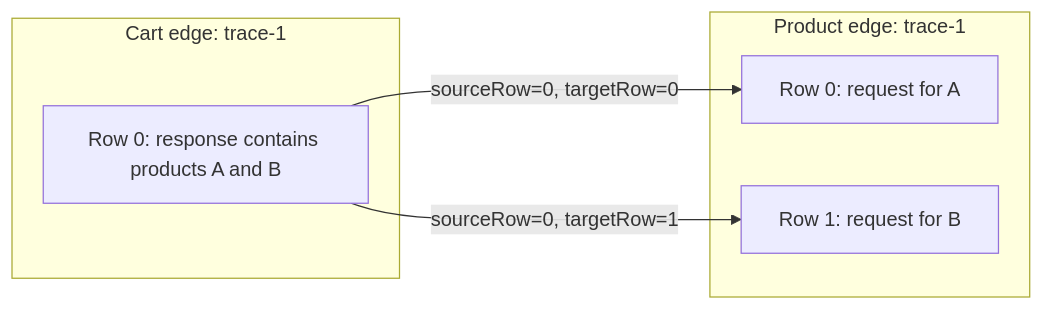
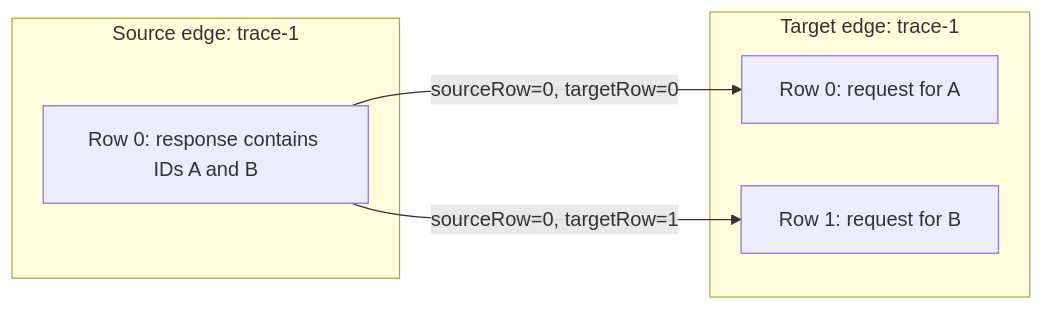
The second of 4 diagrams in core/docs/graph-model.md (stefFischer/Constrainium), drawn with Mermaid before and after one commit. The commit also changed other lines of this file and 13 other files, not shown here.

First line of the commit message:
Merge repeated database calls while preserving schemas and data-flows

````diff
--- a/core/docs/graph-model.md
+++ b/core/docs/graph-model.md
@@ -145,12 +154,12 @@
 ```mermaid
 flowchart LR
-    subgraph Cart["Cart edge: trace-1"]
-        C0["Row 0: response contains products A and B"]
+    subgraph Source["Source edge: trace-1"]
+        S0["Row 0: response contains IDs A and B"]
     end
-    subgraph Products["Product edge: trace-1"]
-        P0["Row 0: request for A"]
-        P1["Row 1: request for B"]
+    subgraph Target["Target edge: trace-1"]
+        T0["Row 0: request for A"]
+        T1["Row 1: request for B"]
     end
-    C0 -->|"sourceRow=0, targetRow=0"| P0
-    C0 -->|"sourceRow=0, targetRow=1"| P1
+    S0 -->|"sourceRow=0, targetRow=0"| T0
+    S0 -->|"sourceRow=0, targetRow=1"| T1
 ```
````
